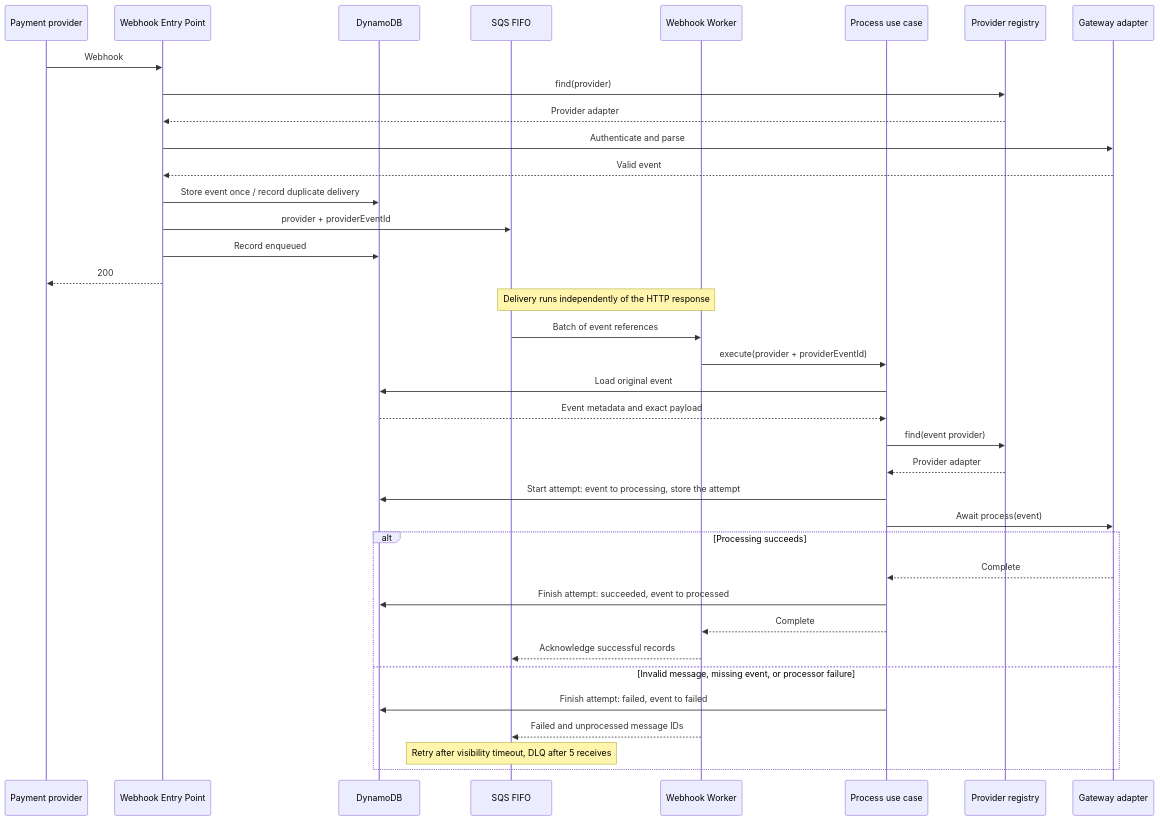
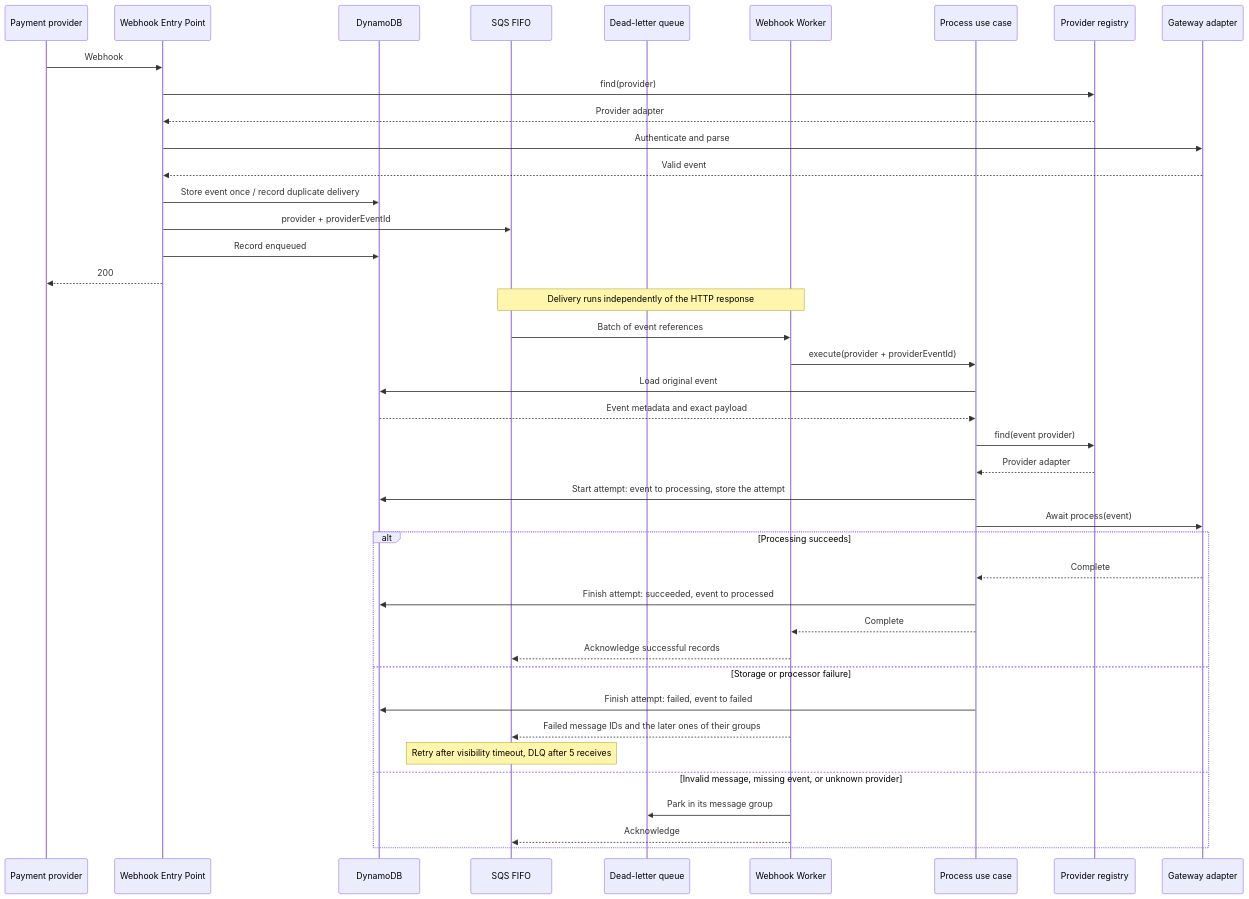
Before and after one commit to gabrielroriz/aws-resilient-payment-flow: the diagram in docs/architecture/webhook-processing.md, drawn with Mermaid. The commit also changed other lines of this file and 15 other files, not shown here.

````diff
--- a/docs/architecture/webhook-processing.md
+++ b/docs/architecture/webhook-processing.md
@@ -7,39 +7,43 @@
 ```mermaid
 sequenceDiagram
     participant Provider as Payment provider
     participant Entry as Webhook Entry Point
     participant Store as DynamoDB
     participant Queue as SQS FIFO
+    participant DLQ as Dead-letter queue
     participant Worker as Webhook Worker
     participant Process as Process use case
     participant Registry as Provider registry
     participant Gateway as Gateway adapter
     Provider->>Entry: Webhook
     Entry->>Registry: find(provider)
     Registry-->>Entry: Provider adapter
     Entry->>Gateway: Authenticate and parse
     Gateway-->>Entry: Valid event
     Entry->>Store: Store event once / record duplicate delivery
     Entry->>Queue: provider + providerEventId
     Entry->>Store: Record enqueued
     Entry-->>Provider: 200
     Note over Queue,Worker: Delivery runs independently of the HTTP response
     Queue->>Worker: Batch of event references
     Worker->>Process: execute(provider + providerEventId)
     Process->>Store: Load original event
     Store-->>Process: Event metadata and exact payload
     Process->>Registry: find(event provider)
     Registry-->>Process: Provider adapter
     Process->>Store: Start attempt: event to processing, store the attempt
     Process->>Gateway: Await process(event)
     alt Processing succeeds
         Gateway-->>Process: Complete
         Process->>Store: Finish attempt: succeeded, event to processed
         Process-->>Worker: Complete
         Worker-->>Queue: Acknowledge successful records
-    else Invalid message, missing event, or processor failure
+    else Storage or processor failure
         Process->>Store: Finish attempt: failed, event to failed
-        Worker-->>Queue: Failed and unprocessed message IDs
+        Worker-->>Queue: Failed message IDs and the later ones of their groups
         Note over Queue: Retry after visibility timeout, DLQ after 5 receives
+    else Invalid message, missing event, or unknown provider
+        Worker->>DLQ: Park in its message group
+        Worker-->>Queue: Acknowledge
     end
 ```
````
